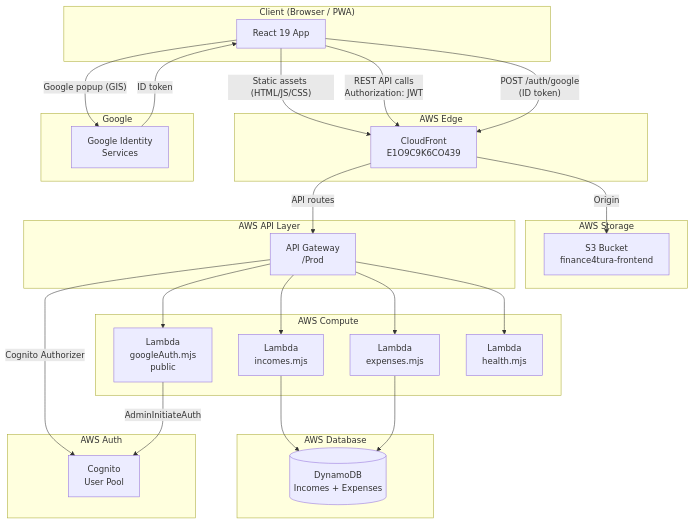
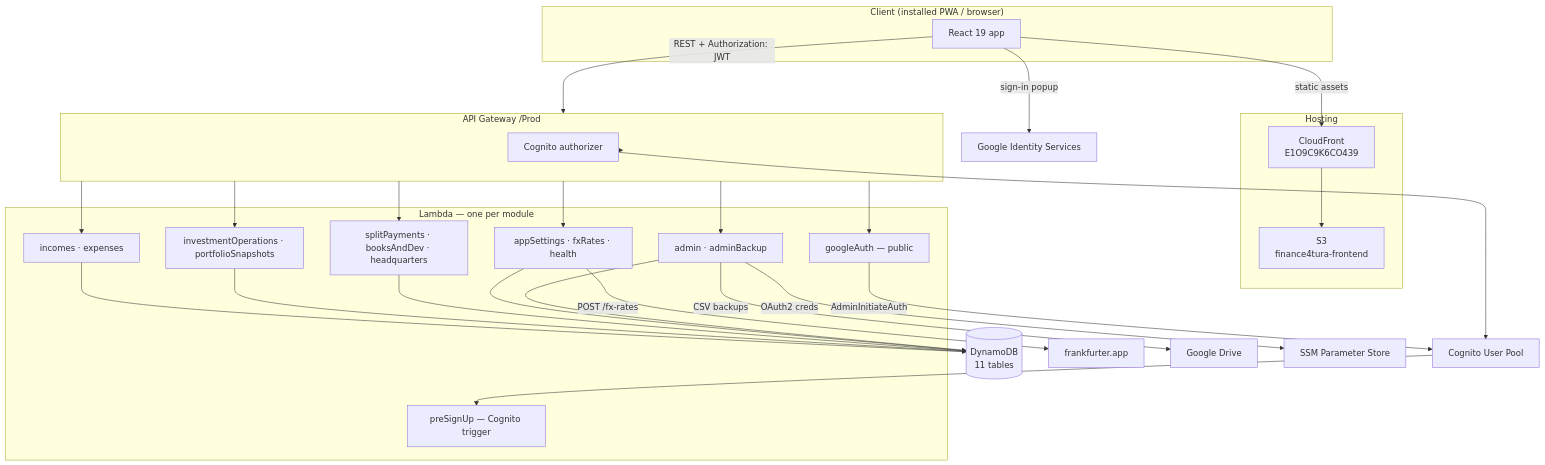
The first of 5 diagrams in README.md (mnenciulescu/Finance4Tura), drawn with Mermaid before and after one commit. The commit also changed other lines of this file and 9 other files, not shown here.

````diff
--- a/README.md
+++ b/README.md
@@ -140,53 +132,44 @@
 ```mermaid
 graph TB
-    subgraph Client["Client (Browser / PWA)"]
-        B[React 19 App]
+    subgraph Client["Client (installed PWA / browser)"]
+        B[React 19 app]
     end
 
-    subgraph AWS_Edge["AWS Edge"]
-        CF[CloudFront\nE1O9C9K6CO439]
+    subgraph Edge["Hosting"]
+        CF[CloudFront<br/>E1O9C9K6CO439]
+        S3[S3<br/>finance4tura-frontend]
     end
 
-    subgraph AWS_Storage["AWS Storage"]
-        S3[S3 Bucket\nfinance4tura-frontend]
+    subgraph API["API Gateway /Prod"]
+        AUTHZ[Cognito authorizer]
     end
 
-    subgraph AWS_API["AWS API Layer"]
-        APIGW[API Gateway\n/Prod]
+    subgraph Lambdas["Lambda — one per module"]
+        L1[incomes · expenses]
+        L2[investmentOperations · portfolioSnapshots]
+        L3[splitPayments · booksAndDev · headquarters]
+        L4[appSettings · fxRates · health]
+        L5[admin · adminBackup]
+        L6[googleAuth — public]
+        L7[preSignUp — Cognito trigger]
     end
 
-    subgraph AWS_Compute["AWS Compute"]
-        L_INC[Lambda\nincomes.mjs]
-        L_EXP[Lambda\nexpenses.mjs]
-        L_GA[Lambda\ngoogleAuth.mjs\npublic]
-        L_HEALTH[Lambda\nhealth.mjs]
-    end
+    DDB[(DynamoDB<br/>11 tables)]
+    COG[Cognito User Pool]
+    GIS[Google Identity Services]
+    FX[frankfurter.app]
+    GD[Google Drive]
+    SSM[SSM Parameter Store]
 
-    subgraph AWS_DB["AWS Database"]
-        DDB[(DynamoDB\nIncomes + Expenses)]
-    end
-
-    subgraph AWS_Auth["AWS Auth"]
-        COG[Cognito\nUser Pool]
-    end
-
-    subgraph Google["Google"]
-        GIS[Google Identity\nServices]
-    end
-
-    B -->|"Static assets (HTML/JS/CSS)"| CF
-    CF -->|Origin| S3
-    B -->|"REST API calls\nAuthorization: JWT"| CF
-    CF -->|API routes| APIGW
-    APIGW -->|Cognito Authorizer| COG
-    APIGW --> L_INC
-    APIGW --> L_EXP
-    APIGW --> L_GA
-    APIGW --> L_HEALTH
-    L_INC --> DDB
-    L_EXP --> DDB
-    L_GA -->|AdminInitiateAuth| COG
-    B -->|"Google popup (GIS)"| GIS
-    GIS -->|ID token| B
-    B -->|"POST /auth/google\n(ID token)"| CF
+    B -->|static assets| CF --> S3
+    B -->|"REST + Authorization: JWT"| API
+    API --> AUTHZ --> COG
+    API --> L1 & L2 & L3 & L4 & L5 & L6
+    L1 & L2 & L3 & L4 & L5 --> DDB
+    L6 -->|AdminInitiateAuth| COG
+    COG --> L7
+    L4 -->|POST /fx-rates| FX
+    L5 -->|CSV backups| GD
+    L5 -->|OAuth2 creds| SSM
+    B -->|sign-in popup| GIS
 ```
````
